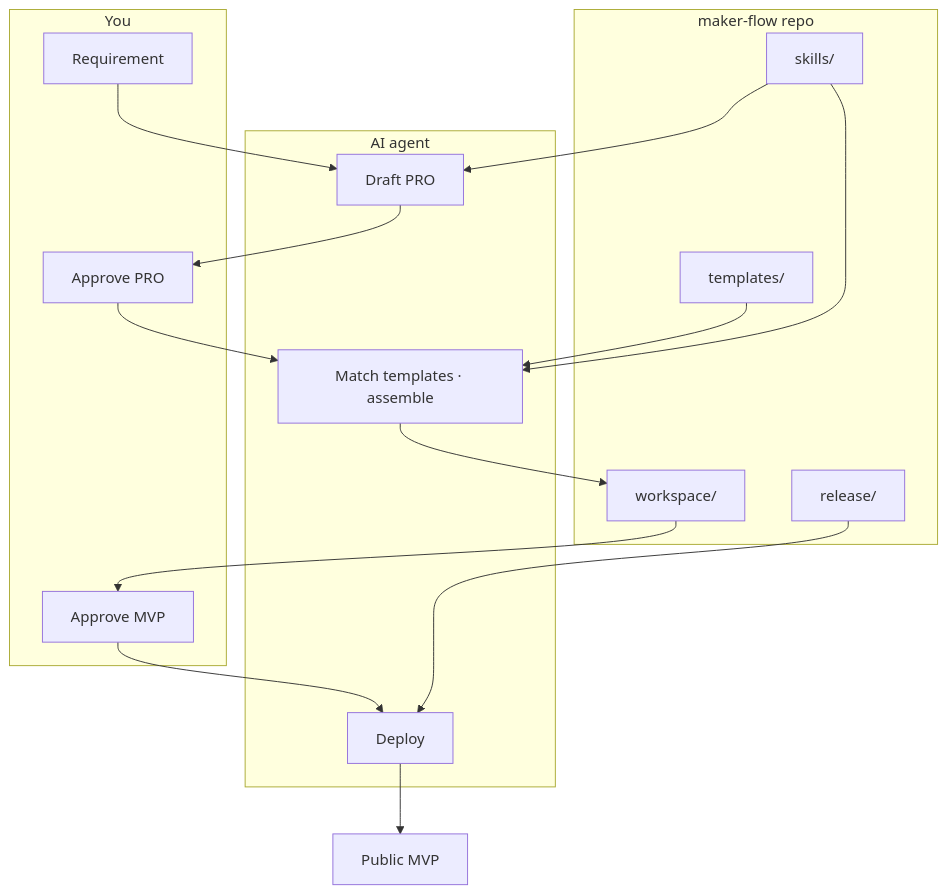
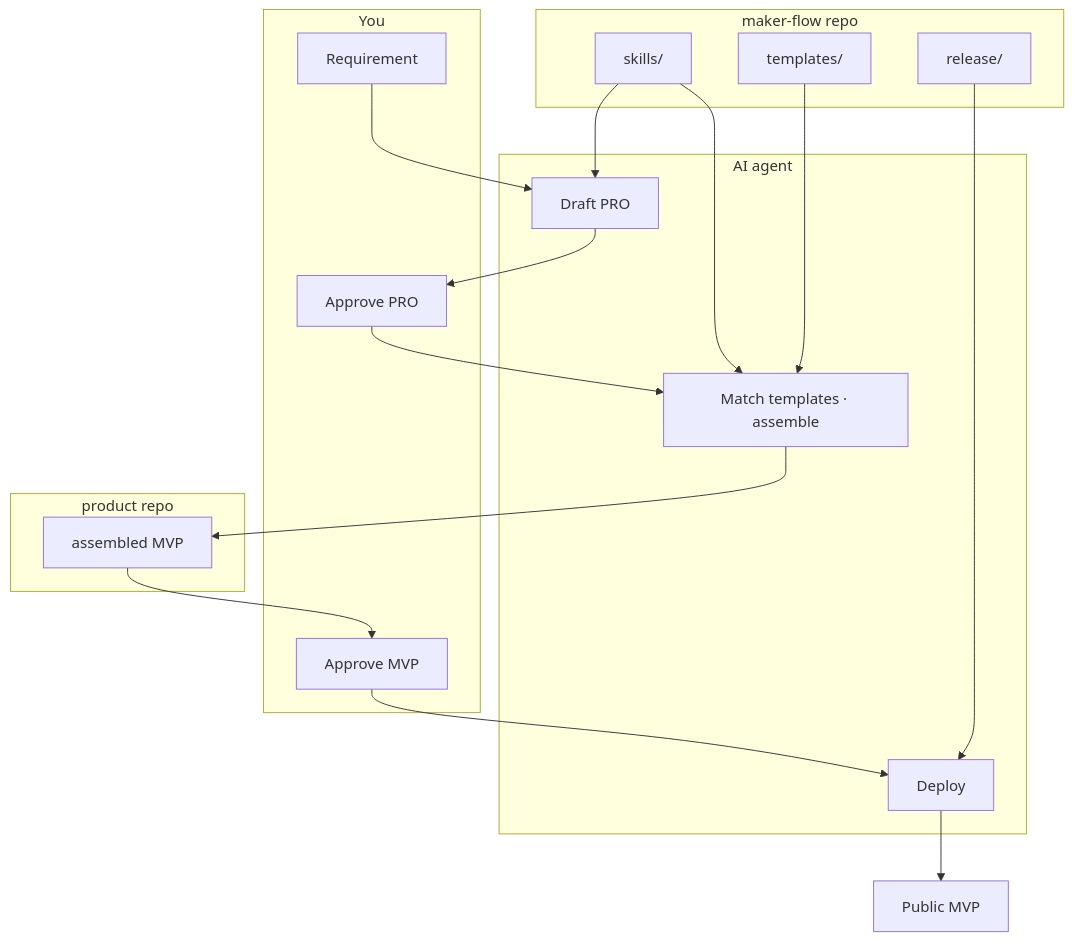
Before and after one commit to LJTian/maker-flow: the diagram in docs/overview.md, drawn with Mermaid. The commit also changed other lines of this file and 55 other files, not shown here.

Commit message:
Remove workspace/; assemble MVPs only in product repos.

````diff
--- a/docs/overview.md
+++ b/docs/overview.md
@@ -19,33 +19,36 @@
 ```mermaid
 flowchart TB
     subgraph you ["You"]
         R[Requirement]
         G1[Approve PRO]
         G2[Approve MVP]
     end
 
     subgraph agent ["AI agent"]
         PRO[Draft PRO]
         ASM[Match templates · assemble]
         DEP[Deploy]
     end
 
     subgraph repo ["maker-flow repo"]
         SK[skills/]
         TP[templates/]
-        WS[workspace/]
         RL[release/]
+    end
+
+    subgraph product ["product repo"]
+        PR[assembled MVP]
     end
 
     R --> PRO
     PRO --> G1
     G1 --> ASM
     SK --> PRO
     SK --> ASM
     TP --> ASM
-    ASM --> WS
-    WS --> G2
+    ASM --> PR
+    PR --> G2
     G2 --> DEP
     RL --> DEP
     DEP --> URL[Public MVP]
 ```
````
